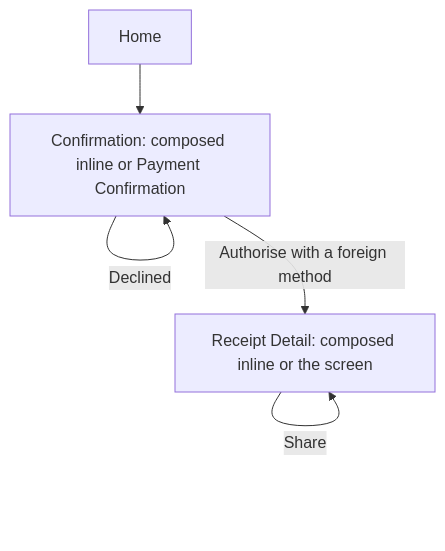
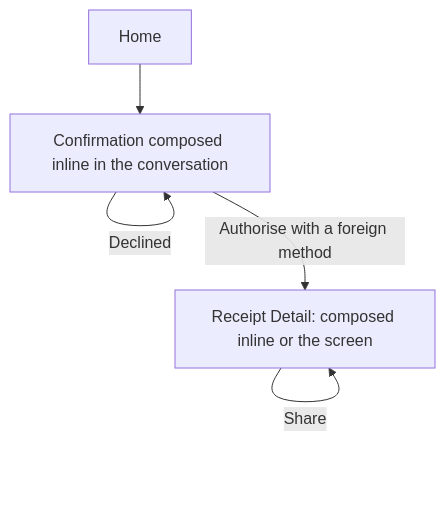
One commit to vanguard-op/sabi-docs changed the seventh of 9 diagrams in Sabi/user-flow.md. Above: the diagram before and after it, drawn with Mermaid. The commit also changed other lines of this file and 11 other files, not shown here.

First line of the commit message:
docs(sabi): complete tasks inline in the conversation; drop Payment Confirmation

````diff
--- a/Sabi/user-flow.md
+++ b/Sabi/user-flow.md
@@ -375,7 +373,7 @@
 ```mermaid
 graph TD
-    Home[Home] --> PC[Confirmation: composed inline or Payment Confirmation]
+    Home[Home] --> PC[Confirmation composed inline in the conversation]
     PC -->|Authorise with a foreign method| G[Receipt Detail: composed inline or the screen]
     PC -->|Declined| PC
     G -->|Share| G
 ```
````
